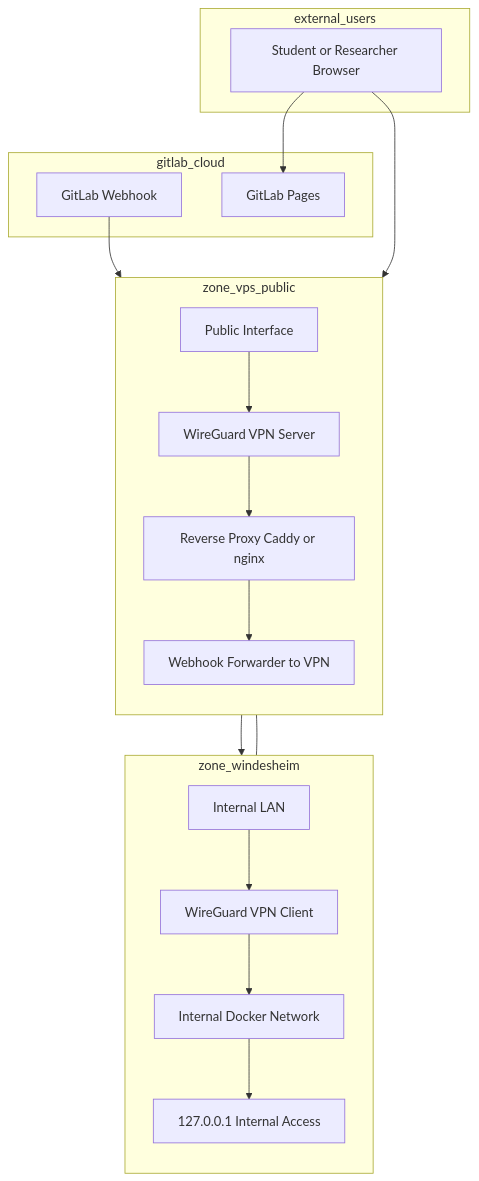
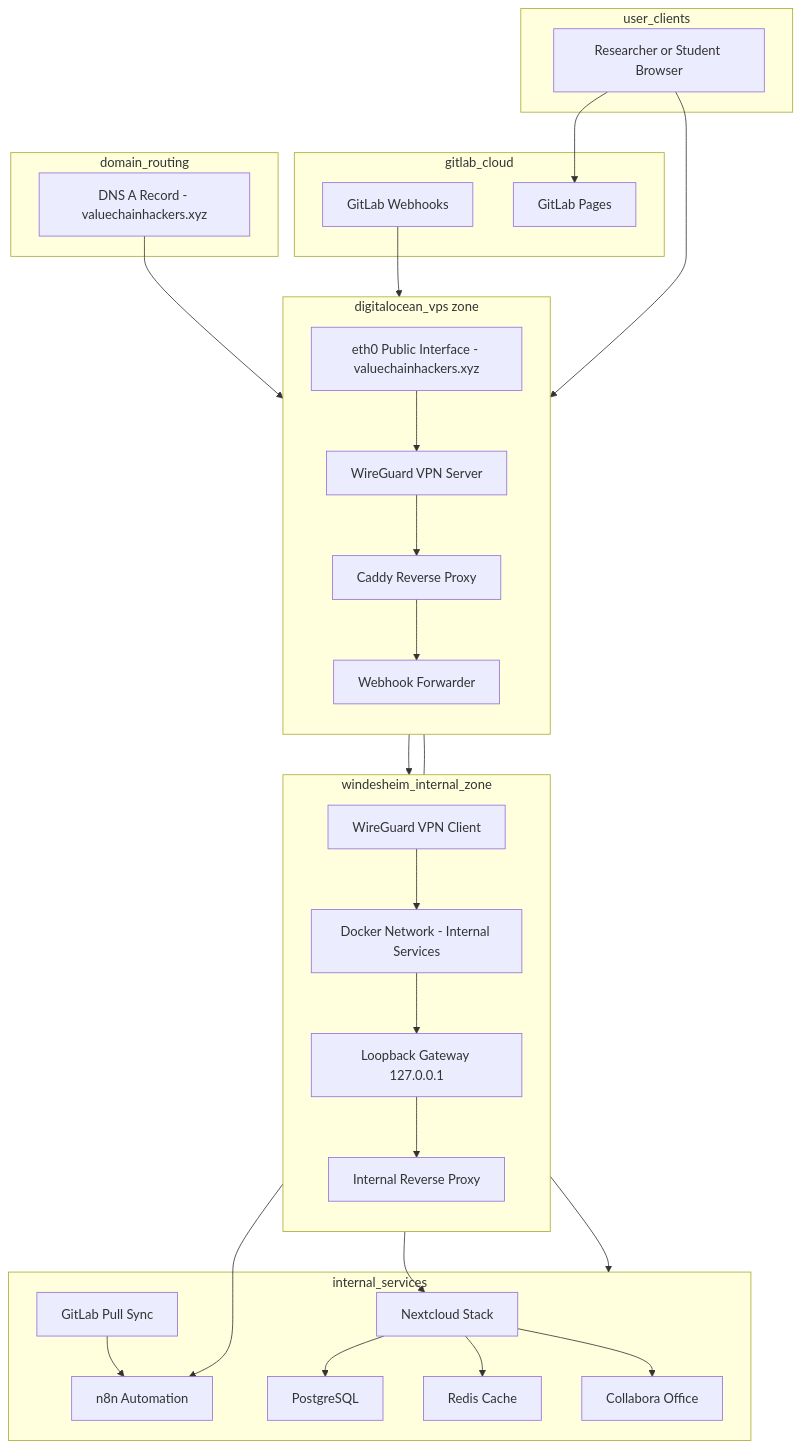
Before and after one commit to Value-Chain-Hackers/VCH-Infra: the second of 4 diagrams in README.md, drawn with Mermaid.

````diff
--- a/README.md
+++ b/README.md
@@ -393,53 +393,76 @@
 ```mermaid
 flowchart TD
 
-  %% WINDESHEIM NETWORK (PRIVATE, NO PUBLIC IP)
-  subgraph zone_windesheim
+  %% INTERNAL WINDESHEIM NETWORK (PRIVATE ZONE)
+  subgraph windesheim_internal_zone
     direction TB
 
-    lan[Internal LAN]
-    docker_net[Internal Docker Network]
-    vpn_client[WireGuard VPN Client]
-    loopback[127.0.0.1 Internal Access]
+    wg_client[WireGuard VPN Client]
+    docker_bridge[Docker Network - Internal Services]
+    internal_gateway[Loopback Gateway 127.0.0.1]
+    internal_proxy[Internal Reverse Proxy]
 
-    lan --> vpn_client
-    vpn_client --> docker_net
-    docker_net --> loopback
+    wg_client --> docker_bridge
+    docker_bridge --> internal_gateway
+    internal_gateway --> internal_proxy
   end
 
-  %% PUBLIC VPS (INTERNET-FACING ROUTING LAYER)
-  subgraph zone_vps_public
+  %% SERVICES BEHIND INTERNAL PROXY (ABSTRACTED)
+  subgraph internal_services
+    nextcloud[Nextcloud Stack]
+    n8n[n8n Automation]
+    git_sync[GitLab Pull Sync]
+    nextcloud_db[PostgreSQL]
+    nextcloud_redis[Redis Cache]
+    office_collab[Collabora Office]
+    nextcloud --> nextcloud_db
+    nextcloud --> nextcloud_redis
+    nextcloud --> office_collab
+    internal_proxy --> nextcloud
+    internal_proxy --> n8n
+    git_sync --> n8n
+  end
+
+  docker_bridge --> internal_services
+
+  %% PUBLIC VPS LAYER (REVERSE PROXY AND ROUTING)
+  subgraph digitalocean_vps zone
     direction TB
 
-    eth0[Public Interface]
-    vpn_server[WireGuard VPN Server]
-    reverse_proxy[Reverse Proxy Caddy or nginx]
-    webhook_forwarder[Webhook Forwarder to VPN]
+    public_iface[eth0 Public Interface - valuechainhackers.xyz]
+    wg_server[WireGuard VPN Server]
+    caddy_proxy[Caddy Reverse Proxy]
+    webhook_relay[Webhook Forwarder]
 
-    eth0 --> vpn_server
-    vpn_server --> reverse_proxy
-    reverse_proxy --> webhook_forwarder
+    public_iface --> wg_server
+    wg_server --> caddy_proxy
+    caddy_proxy --> webhook_relay
   end
 
-  %% ROUTING FLOW: VPN LINK
-  vpn_client --- vpn_server
-
-  %% GITLAB
-  subgraph gitlab_cloud
-    gitlab_webhook[GitLab Webhook]
-    gitlab_pages[GitLab Pages]
-
-    gitlab_webhook --> webhook_forwarder
+  %% DOMAIN ROUTING
+  subgraph domain_routing
+    dns_valuechainhackers[DNS A Record - valuechainhackers.xyz]
+    dns_valuechainhackers --> public_iface
   end
 
-  %% EXTERNAL USERS
-  subgraph external_users
-    browser[Student or Researcher Browser]
-    browser --> gitlab_pages
-    browser --> reverse_proxy
+  %% VPN LINK (PERSISTENT OUTBOUND)
+  wg_client --- wg_server
+
+  %% GITLAB CLOUD
+  subgraph gitlab_cloud
+    gitlab_hooks[GitLab Webhooks]
+    gitlab_pages[GitLab Pages]
+    gitlab_hooks --> webhook_relay
   end
 
-  %% FINAL FORWARDING TO INTERNAL SERVICE
-  webhook_forwarder --> docker_net
+  %% EXTERNAL USER FLOW
+  subgraph user_clients
+    user_browser[Researcher or Student Browser]
+    user_browser --> gitlab_pages
+    user_browser --> caddy_proxy
+  end
+
+  %% RELAY FLOW TO INTERNAL
+  webhook_relay --> wg_client
 
 ```
````
